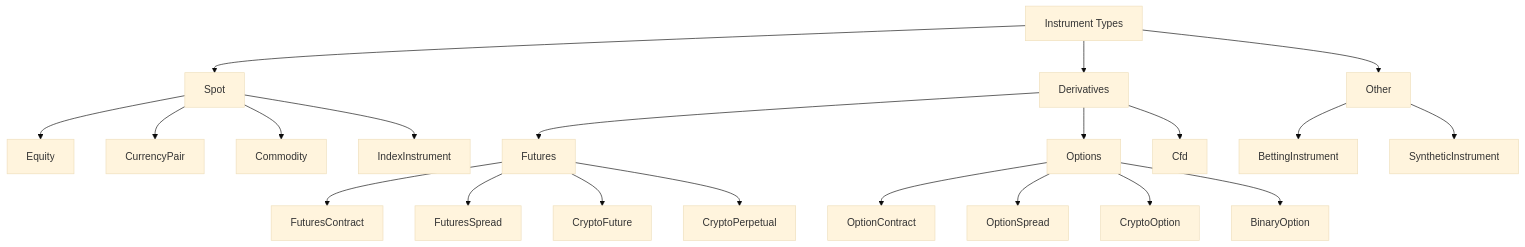
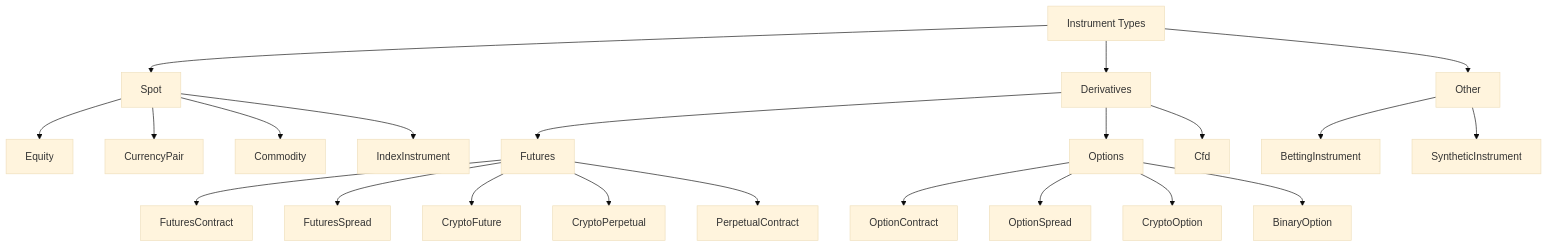
One commit to nautechsystems/nautilus_trader changed the first of 2 diagrams in docs/concepts/data.md. Above: the diagram before and after it, drawn with Mermaid (base theme). The commit also changed other lines of this file and 56 other files, not shown here.

First line of the commit message:
Add PerpetualContract instrument and migrate AX adapter

````diff
--- a/docs/concepts/data.md
+++ b/docs/concepts/data.md
@@ -61,29 +61,30 @@
 ```mermaid
 flowchart TD
     I[Instrument Types]
     I --> Spot
     I --> Derivatives
     I --> Other
 
     Spot --> Equity
     Spot --> CurrencyPair
     Spot --> Commodity
     Spot --> IndexInstrument
 
     Derivatives --> Futures
     Derivatives --> Options
     Derivatives --> Cfd
 
     Futures --> FuturesContract
     Futures --> FuturesSpread
     Futures --> CryptoFuture
     Futures --> CryptoPerpetual
+    Futures --> PerpetualContract
 
     Options --> OptionContract
     Options --> OptionSpread
     Options --> CryptoOption
     Options --> BinaryOption
 
     Other --> BettingInstrument
     Other --> SyntheticInstrument
 ```
````
